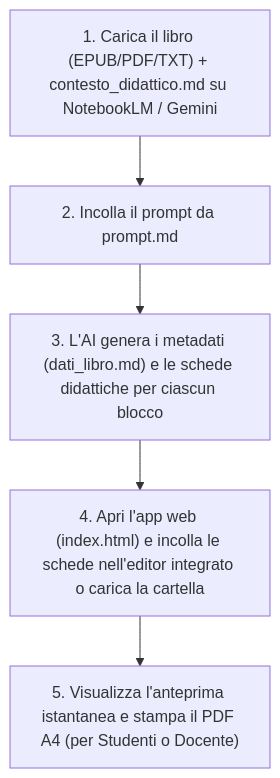
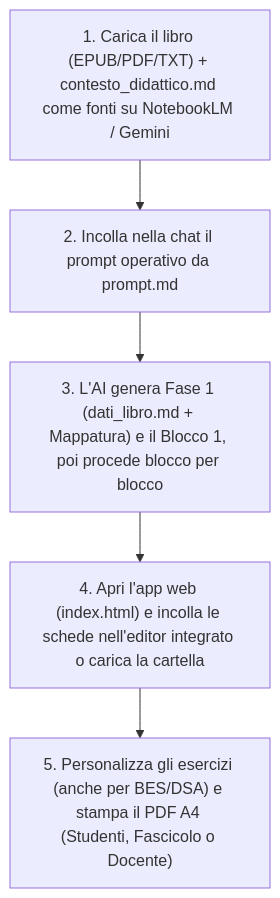
One commit to aalborghetti/AnalisiLibro changed the diagram in README.md. Above: the diagram before and after it, drawn with Mermaid. The commit also changed other lines of this file and 5 other files, not shown here.

Commit message:
Aggiornamento funzionalità, stili, contesto didattico, prompt e interfaccia utente

````diff
--- a/README.md
+++ b/README.md
@@ -34,7 +38,7 @@
 ```mermaid
 flowchart TD
-    A["1. Carica il libro (EPUB/PDF/TXT) + contesto_didattico.md su NotebookLM / Gemini"] --> B["2. Incolla il prompt da prompt.md"]
-    B --> C["3. L'AI genera i metadati (dati_libro.md) e le schede didattiche per ciascun blocco"]
+    A["1. Carica il libro (EPUB/PDF/TXT) + contesto_didattico.md come fonti su NotebookLM / Gemini"] --> B["2. Incolla nella chat il prompt operativo da prompt.md"]
+    B --> C["3. L'AI genera Fase 1 (dati_libro.md + Mappatura) e il Blocco 1, poi procede blocco per blocco"]
     C --> D["4. Apri l'app web (index.html) e incolla le schede nell'editor integrato o carica la cartella"]
-    D --> E["5. Visualizza l'anteprima istantanea e stampa il PDF A4 (per Studenti o Docente)"]
+    D --> E["5. Personalizza gli esercizi (anche per BES/DSA) e stampa il PDF A4 (Studenti, Fascicolo o Docente)"]
 ```
````
